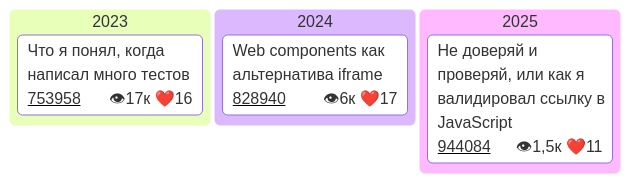
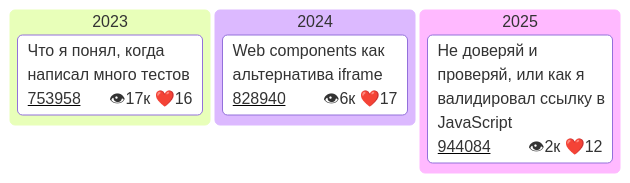
The fourth of 4 diagrams in README.md (Goodzonchik/Goodzonchik), drawn with Mermaid before and after one commit.

````diff
--- a/README.md
+++ b/README.md
@@ -49,24 +49,24 @@
 ```mermaid
 ---
 config:
   kanban:
     ticketBaseUrl: 'https://habr.com/ru/companies/tbank/articles/#TICKET#'
 
 ---
 kanban
   2023
     card1["Что я понял, когда написал много тестов"]@{
       ticket: 753958
       assigned: 👁17к ❤️16
     }
   2024
     card2["Web components как альтернатива iframe"]@{
       ticket: 828940
       assigned: 👁6к ❤️17
     }
   2025
     card3["Не доверяй и проверяй, или как я валидировал ссылку в JavaScript"]@{
       ticket: 944084
-      assigned: 👁1,5к ❤️11
+      assigned: 👁2к ❤️12
     }
 ```
````
